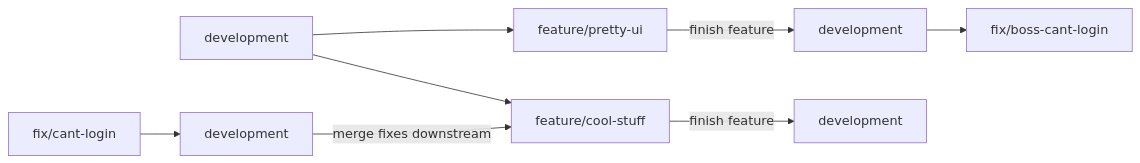
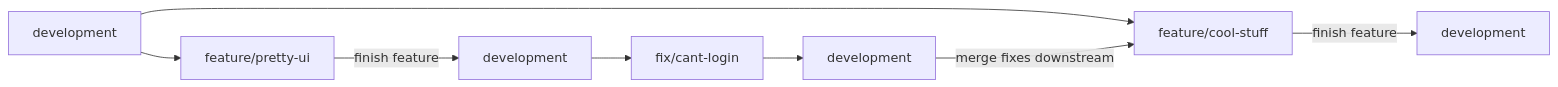
Before and after one commit to hasparus/software-engineering-class: the diagram in testy/plan_zarządzania_jakością_produktu.md, drawn with Mermaid. The commit also changed other lines of this file, not shown here.

Commit message:
Uploaded by https://stackedit.io/

````diff
--- a/testy/plan_zarządzania_jakością_produktu.md
+++ b/testy/plan_zarządzania_jakością_produktu.md
@@ -19,10 +19,10 @@
 ```mermaid
 graph LR;
 	d#1[development]-->feature/cool-stuff;
 	d#1[development]-->feature/pretty-ui;
 	feature/pretty-ui--finish feature-->d#2[development];
 	d#3[development]--merge fixes downstream-->feature/cool-stuff;
 	fix/cant-login-->d#3[development]
-	d#2[development]-->fix/boss-cant-login;
+	d#2[development]-->fix/cant-login;
 	feature/cool-stuff--finish feature-->d#4[development];	
 ```
````
